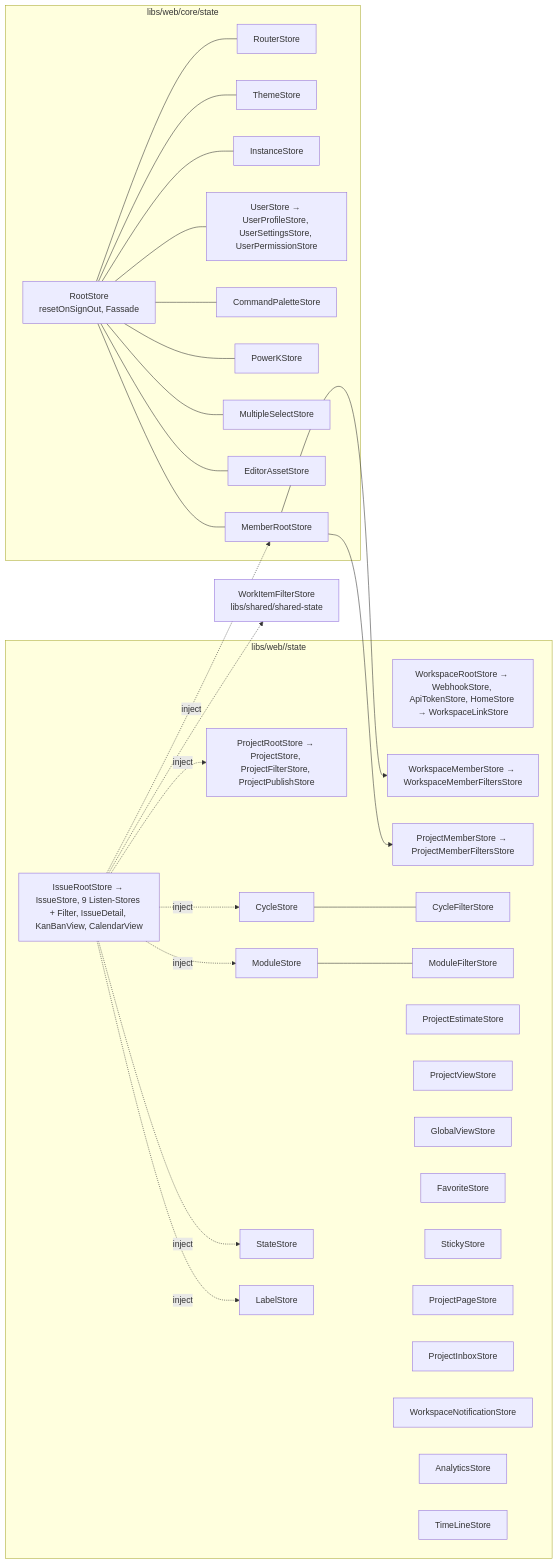
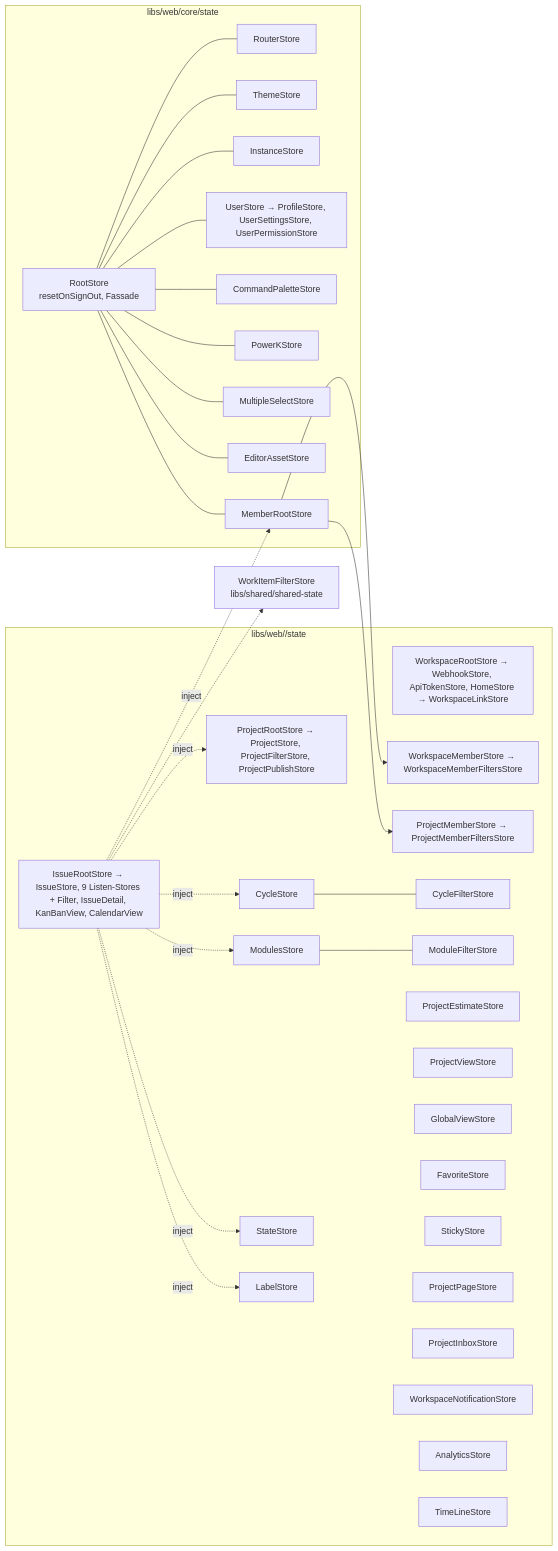
Before and after one commit to mlwr/plane: the diagram in migration/architecture/08-frontend-angular-architektur.md, drawn with Mermaid. The commit also changed other lines of this file and 11 other files, not shown here.

````diff
--- a/migration/architecture/08-frontend-angular-architektur.md
+++ b/migration/architecture/08-frontend-angular-architektur.md
@@ -398,20 +405,20 @@
 ```mermaid
 flowchart LR
   subgraph core["libs/web/core/state"]
-    RS[RootStore<br/>resetOnSignOut, Fassade] --- RT[RouterStore] & TH[ThemeStore] & IN[InstanceStore] & US[UserStore → UserProfileStore, UserSettingsStore, UserPermissionStore] & CP[CommandPaletteStore] & PK[PowerKStore] & MS[MultipleSelectStore] & EA[EditorAssetStore] & MR[MemberRootStore]
+    RS[RootStore<br/>resetOnSignOut, Fassade] --- RT[RouterStore] & TH[ThemeStore] & IN[InstanceStore] & US[UserStore → ProfileStore, UserSettingsStore, UserPermissionStore] & CP[CommandPaletteStore] & PK[PowerKStore] & MS[MultipleSelectStore] & EA[EditorAssetStore] & MR[MemberRootStore]
   end
   subgraph dom["libs/web/<domäne>/state"]
     WS[WorkspaceRootStore → WebhookStore, ApiTokenStore, HomeStore → WorkspaceLinkStore]
     PR[ProjectRootStore → ProjectStore, ProjectFilterStore, ProjectPublishStore]
     WM[WorkspaceMemberStore → WorkspaceMemberFiltersStore]
     PM[ProjectMemberStore → ProjectMemberFiltersStore]
     CY[CycleStore] --- CF[CycleFilterStore]
-    MO[ModuleStore] --- MF[ModuleFilterStore]
+    MO[ModulesStore] --- MF[ModuleFilterStore]
     ST[StateStore] & LB[LabelStore] & ES[ProjectEstimateStore] & PV[ProjectViewStore] & GV[GlobalViewStore] & FV[FavoriteStore] & SK[StickyStore] & PP[ProjectPageStore] & IB[ProjectInboxStore] & NT[WorkspaceNotificationStore] & AN[AnalyticsStore] & TL[TimeLineStore]
     IR[IssueRootStore → IssueStore, 9 Listen-Stores + Filter, IssueDetail, KanBanView, CalendarView]
   end
   MR --> WM & PM
   IR -.inject.-> ST & LB & PR & MO & CY & MR
   WF[WorkItemFilterStore<br/>libs/shared/shared-state]
   IR -.-> WF
 ```
````
